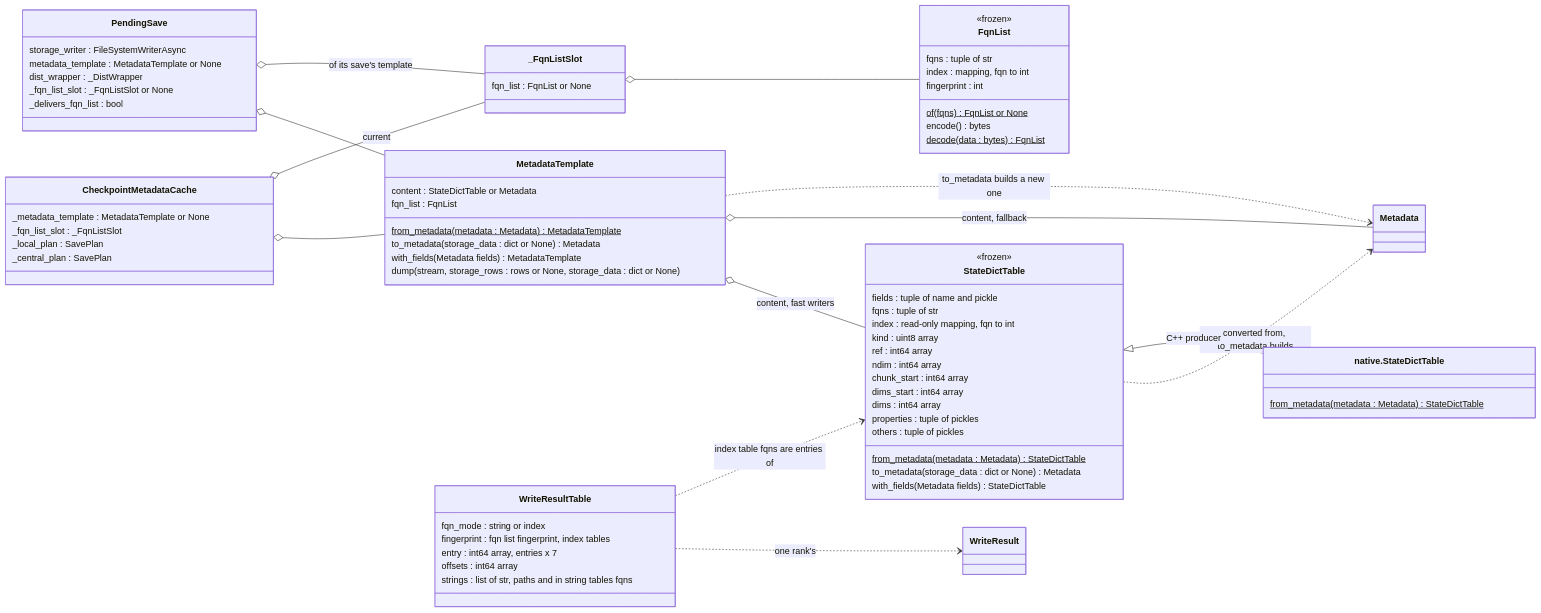
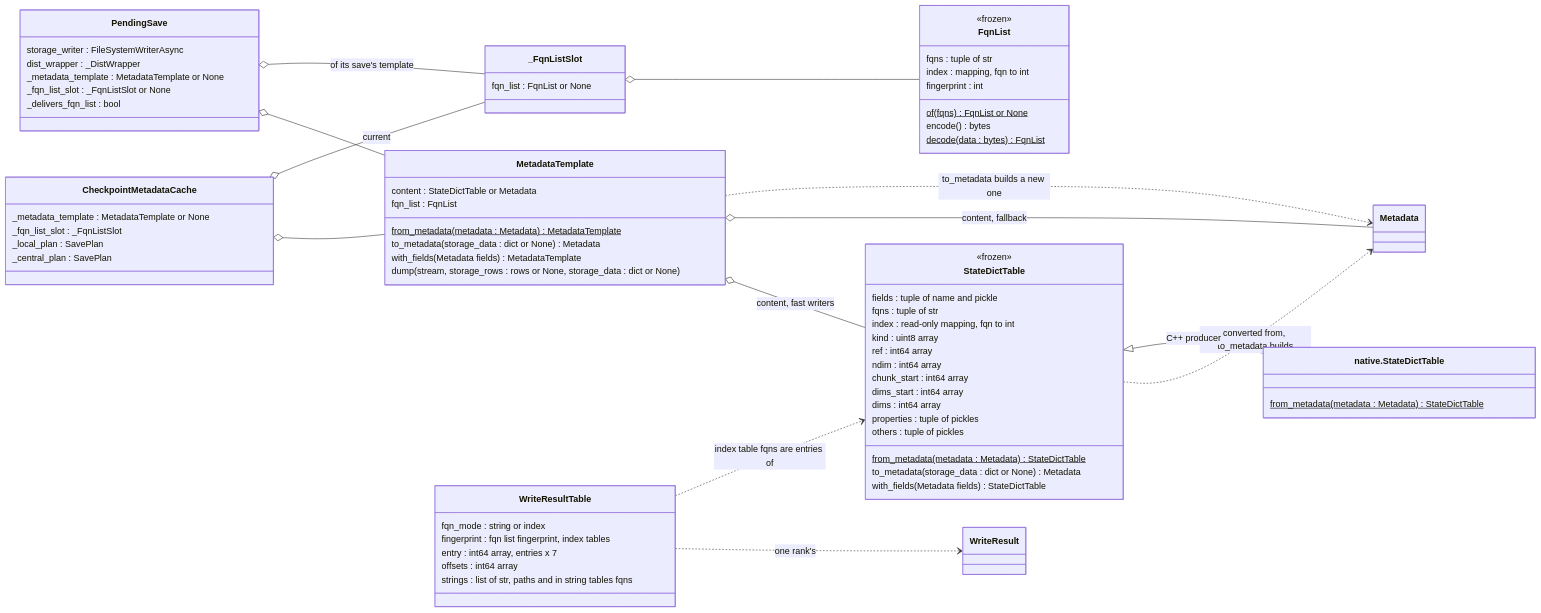
The second of 5 diagrams in docs/design/checkpoint/ASYNC_SAVE.md (NVIDIA/nvidia-resiliency-ext), drawn with Mermaid before and after one commit. The commit also changed 4 other files, not shown here.

````diff
--- a/docs/design/checkpoint/ASYNC_SAVE.md
+++ b/docs/design/checkpoint/ASYNC_SAVE.md
@@ -108,76 +108,76 @@
 ```mermaid
 classDiagram
     direction LR
     class CheckpointMetadataCache {
         _metadata_template : MetadataTemplate or None
         _fqn_list_slot : _FqnListSlot
         _local_plan : SavePlan
         _central_plan : SavePlan
     }
     class PendingSave {
         storage_writer : FileSystemWriterAsync
-        metadata_template : MetadataTemplate or None
         dist_wrapper : _DistWrapper
+        _metadata_template : MetadataTemplate or None
         _fqn_list_slot : _FqnListSlot or None
         _delivers_fqn_list : bool
     }
     class _FqnListSlot {
         fqn_list : FqnList or None
     }
     class FqnList {
         <<frozen>>
         fqns : tuple of str
         index : mapping, fqn to int
         fingerprint : int
         of(fqns)$ FqnList or None
         encode() bytes
         decode(data : bytes)$ FqnList
     }
     class MetadataTemplate {
         content : StateDictTable or Metadata
         fqn_list : FqnList
         from_metadata(metadata : Metadata)$ MetadataTemplate
         to_metadata(storage_data : dict or None) Metadata
         with_fields(Metadata fields) MetadataTemplate
         dump(stream, storage_rows : rows or None, storage_data : dict or None)
     }
     class StateDictTable {
         <<frozen>>
         fields : tuple of name and pickle
         fqns : tuple of str
         index : read-only mapping, fqn to int
         kind : uint8 array
         ref : int64 array
         ndim : int64 array
         chunk_start : int64 array
         dims_start : int64 array
         dims : int64 array
         properties : tuple of pickles
         others : tuple of pickles
         from_metadata(metadata : Metadata)$ StateDictTable
         to_metadata(storage_data : dict or None) Metadata
         with_fields(Metadata fields) StateDictTable
     }
     class NativeStateDictTable["native.StateDictTable"] {
         from_metadata(metadata : Metadata)$ StateDictTable
     }
     class WriteResultTable {
         fqn_mode : string or index
         fingerprint : fqn list fingerprint, index tables
         entry : int64 array, entries x 7
         offsets : int64 array
         strings : list of str, paths and in string tables fqns
     }
     CheckpointMetadataCache o-- MetadataTemplate
     CheckpointMetadataCache o-- _FqnListSlot : current
     PendingSave o-- MetadataTemplate
     PendingSave o-- _FqnListSlot : of its save's template
     _FqnListSlot o-- FqnList
     MetadataTemplate o-- StateDictTable : content, fast writers
     MetadataTemplate o-- Metadata : content, fallback
     MetadataTemplate ..> Metadata : to_metadata builds a new one
     StateDictTable ..> Metadata : converted from, to_metadata builds
     StateDictTable <|-- NativeStateDictTable : C++ producer
     WriteResultTable ..> WriteResult : one rank's
     WriteResultTable ..> StateDictTable : index table fqns are entries of
 ```
````
